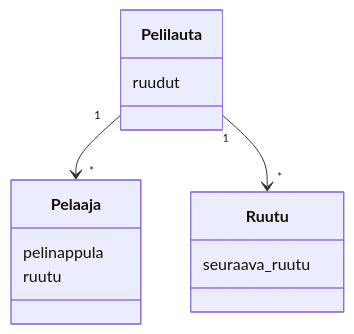
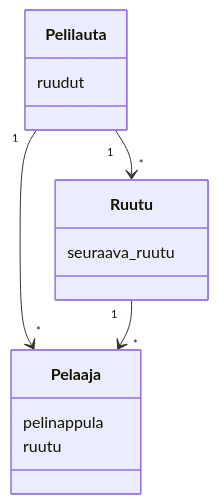
One commit to platipus82/ot-harjoitustyo changed the diagram in laskarit/viikko3/monopoli_luokkakaavio.MD. Above: the diagram before and after it, drawn with Mermaid.

Commit message:
luokkakaavio päivitys

````diff
--- a/laskarit/viikko3/monopoli_luokkakaavio.MD
+++ b/laskarit/viikko3/monopoli_luokkakaavio.MD
@@ -1,23 +1,24 @@
 ```mermaid
 classDiagram
     Pelilauta "1" --> "*" Pelaaja 
     Pelilauta "1" --> "*" Ruutu
+    Ruutu "1" --> "*" Pelaaja
 
     class Ruutu{
         seuraava_ruutu
     }
 
     class Pelaaja{
         pelinappula
         ruutu
     }
 
     class Pelilauta{
         ruudut
     }
 
   
 
 
 
 ```
````
